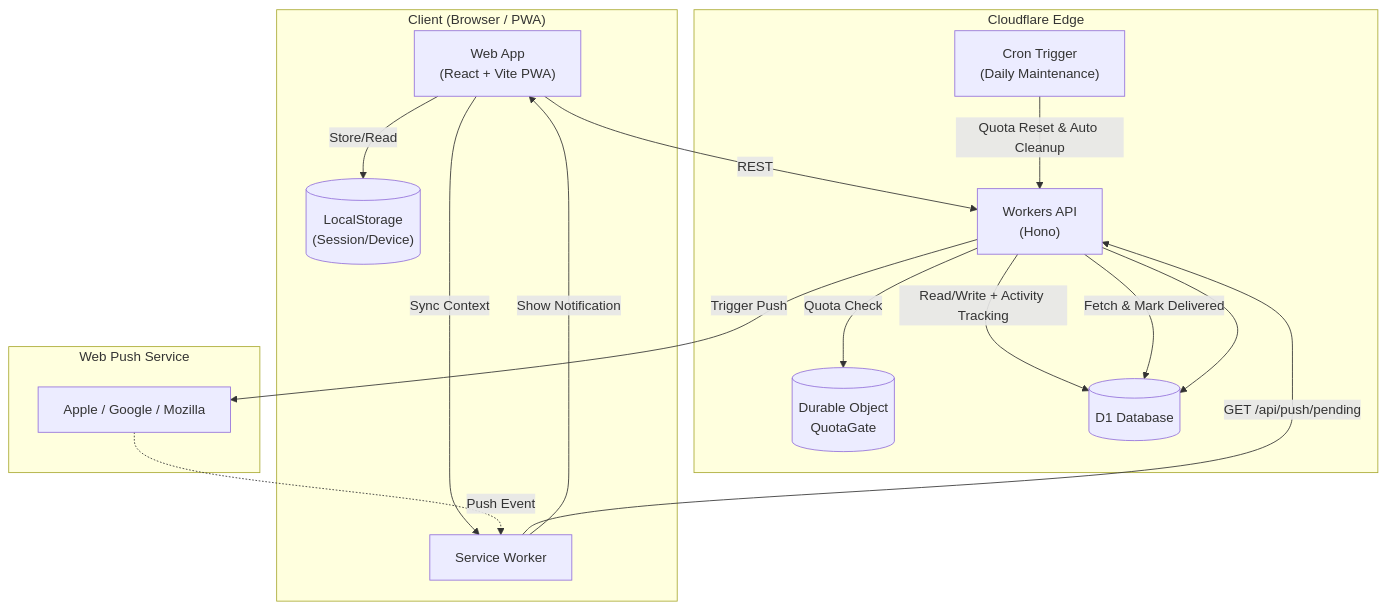
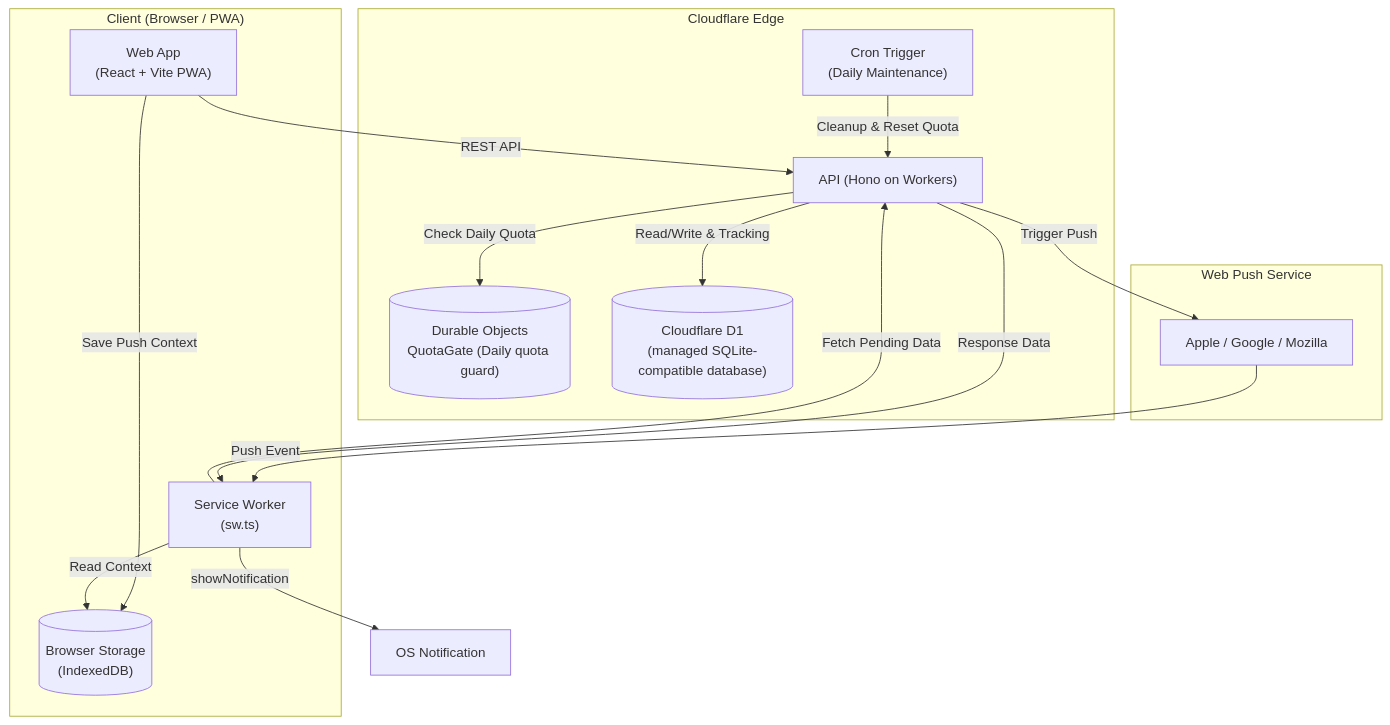
The diagram in README.en.md (brightcat1/renrakun), drawn with Mermaid before and after one commit. The commit also changed other lines of this file and 2 other files, not shown here.

Commit message:
docs: add tech stack rationale and update architecture diagram

````diff
--- a/README.en.md
+++ b/README.en.md
@@ -27,35 +43,36 @@
 ```mermaid
 graph TD
   subgraph Client["Client (Browser / PWA)"]
-    UI["Web App\n(React + Vite PWA)"]
-    SW["Service Worker"]
-    LS[("LocalStorage\n(Session/Device)")]
+    UI["Web App<br>(React + Vite PWA)"]
+    SW["Service Worker<br>(sw.ts)"]
+    Storage[("Browser Storage<br>(IndexedDB)")]
   end
 
   subgraph Edge["Cloudflare Edge"]
-    API["Workers API\n(Hono)"]
-    DO[("Durable Object\nQuotaGate")]
-    DB[("D1 Database")]
-    CRON["Cron Trigger\n(Daily Maintenance)"]
+    API["API (Hono on Workers)"]
+    DO[("Durable Objects<br>QuotaGate (Daily quota guard)")]
+    DB[("Cloudflare D1<br>(managed SQLite-compatible database)")]
+    CRON["Cron Trigger<br>(Daily Maintenance)"]
   end
 
   subgraph Push["Web Push Service"]
     PS["Apple / Google / Mozilla"]
   end
+  
+  Notif["OS Notification"]
 
-  UI -->|REST| API
-  UI -->|Store/Read| LS
-  UI -->|Sync Context| SW
+  UI -->|REST API| API
+  UI -->|Save Push Context| Storage
+  SW -->|Read Context| Storage
 
-  API -->|Read/Write + Activity Tracking| DB
-  API -->|Quota Check| DO
+  API -->|Read/Write & Tracking| DB
+  API -->|Check Daily Quota| DO
   API -->|Trigger Push| PS
 
-  PS -.->|Push Event| SW
-  SW -->|GET /api/push/pending| API
-  API -->|Fetch & Mark Delivered| DB
-  SW -->|Show Notification| UI
+  PS -->|Push Event| SW
+  SW -->|Fetch Pending Data| API
+  API -->|Response Data| SW
+  SW -->|showNotification| Notif
 
-  CRON -->|Quota Reset & Auto Cleanup| API
-  API --> DB
+  CRON -->|Cleanup & Reset Quota| API
 ```
````
